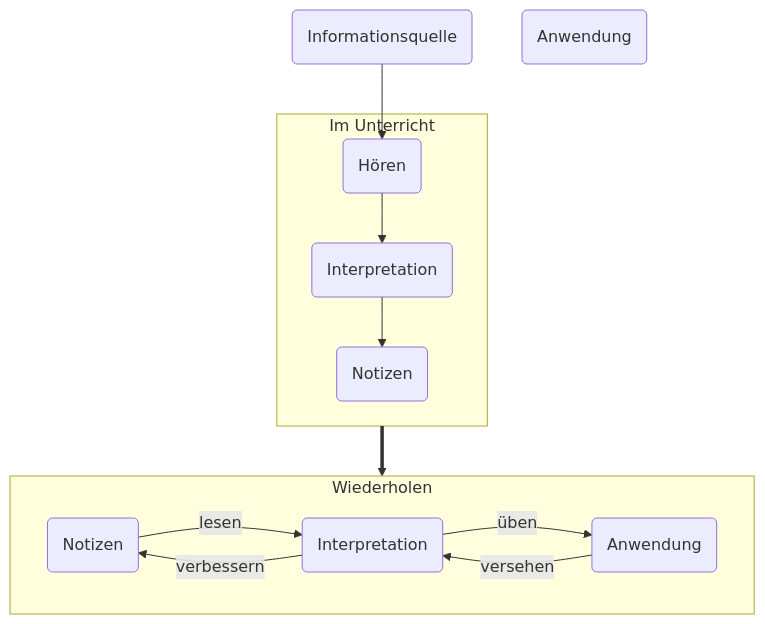
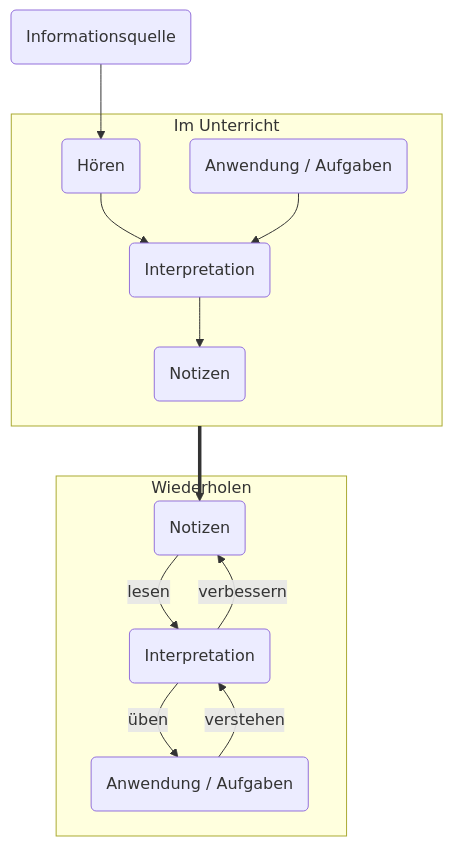
One commit to julianstoerig/zettelkasten changed the diagram in 📝 - Arbeitsplatz/Aufschlüsselung der Effekte von Notizen.md. Above: the diagram before and after it, drawn with Mermaid. The commit also changed 1 other file, not shown here.

Commit message:
automatic version-control: 2021-01-15 18:37:18

````diff
--- a/📝 - Arbeitsplatz/Aufschlüsselung der Effekte von Notizen.md
+++ b/📝 - Arbeitsplatz/Aufschlüsselung der Effekte von Notizen.md
@@ -1,27 +1,28 @@
 ```mermaid
 flowchart TB
 
 Iq(Informationsquelle)
 N(Notizen)
 H(Hören)
 I(Interpretation)
-A(Anwendung)
+A(Anwendung / Aufgaben)
 N2(Notizen)
 I2(Interpretation)
-A2(Anwendung)
+A2(Anwendung / Aufgaben)
 Iq --> H
 
 subgraph Ps[Im Unterricht]
 	H --> I
+	A --> I
 	I --> N
 end
 
 subgraph Pt[Wiederholen]
 	N2 -->|lesen| I2
 	I2 -->|üben| A2
 	I2 -->|verbessern| N2
-	A2 -->|versehen| I2
+	A2 -->|verstehen| I2
 end
 
-Ps ==> Pt
+Ps ==> N2
 ```
````
